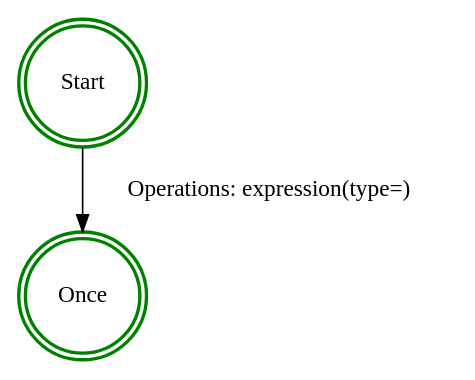
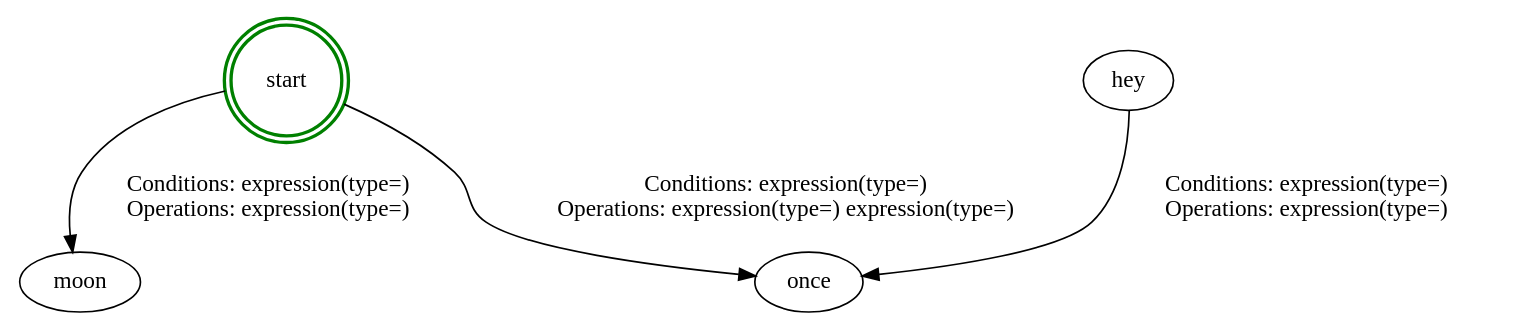
Before and after one commit to LiyuZer/Automa: the diagram in graph_sruct.dot, drawn with Graphviz. The commit also changed 21 other files, not shown here.

Commit message:
Updated graph engine

```diff
--- a/graph_sruct.dot
+++ b/graph_sruct.dot
@@ -1,5 +1,6 @@
 digraph G {
-    "Once" [shape=doublecircle, color=green, style=bold];
-    "Start" [shape=doublecircle, color=green, style=bold];
-    "Start" -> "Once" [label="Operations: expression(type=) "];
+    "start" [shape=doublecircle, color=green, style=bold];
+    "hey" -> "once" [label="Conditions: expression(type=) \nOperations: expression(type=) "];
+    "start" -> "once" [label="Conditions: expression(type=) \nOperations: expression(type=) expression(type=) "];
+    "start" -> "moon" [label="Conditions: expression(type=) \nOperations: expression(type=) "];
 }
```
